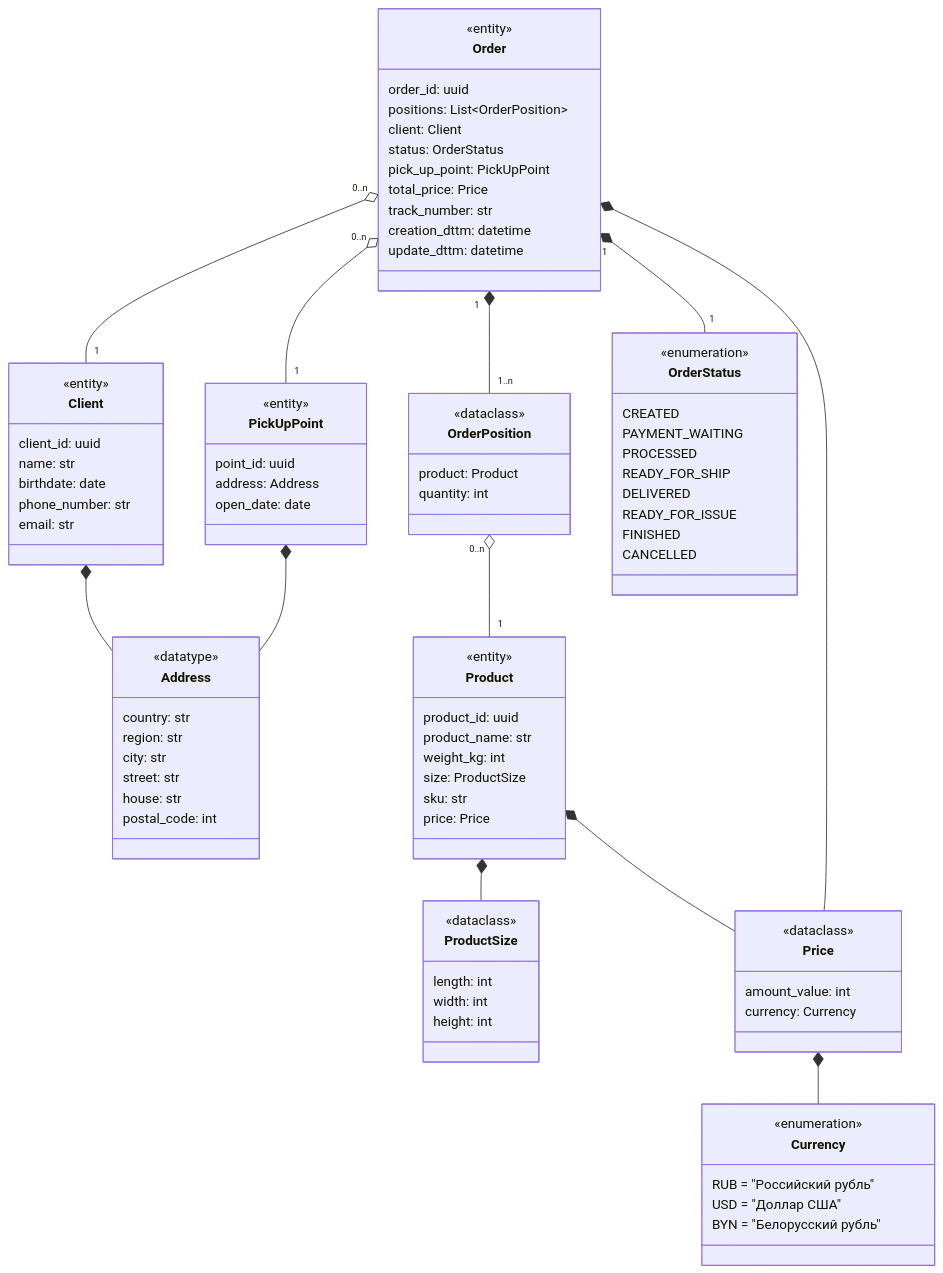
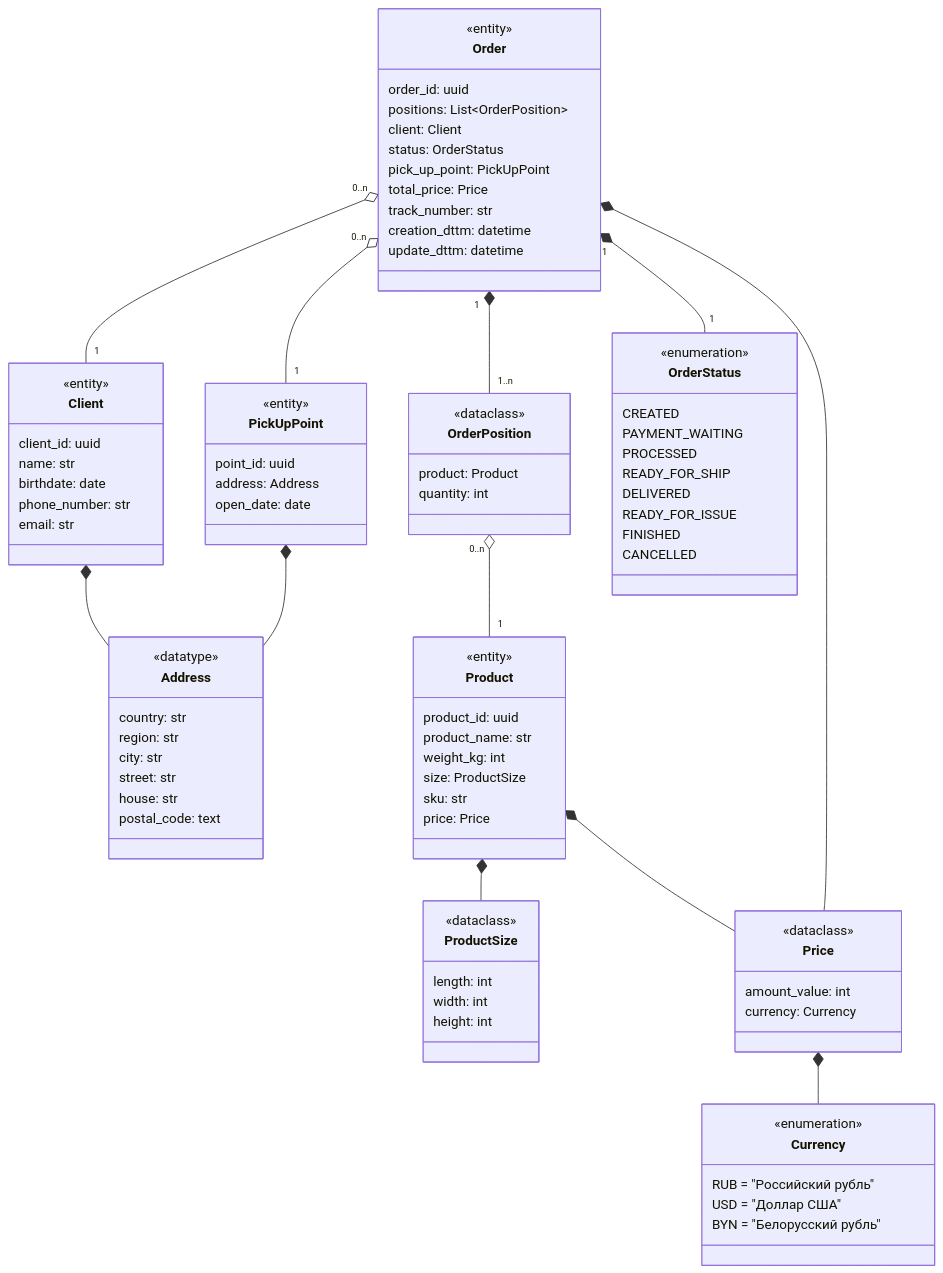
One commit to vgorbikov/dq-practice changed the third of 6 diagrams in docs/db_schema/Сервисы предприятия.md. Above: the diagram before and after it, drawn with Mermaid. The commit also changed other lines of this file and 2 other files, not shown here.

Commit message:
fix db-schema

```diff
--- a/docs/db_schema/Сервисы предприятия.md
+++ b/docs/db_schema/Сервисы предприятия.md
@@ -109,7 +109,7 @@
     city: str
     street: str
     house: str
-    postal_code: int
+    postal_code: text
 }
 
 class Product <<entity>> {
```
